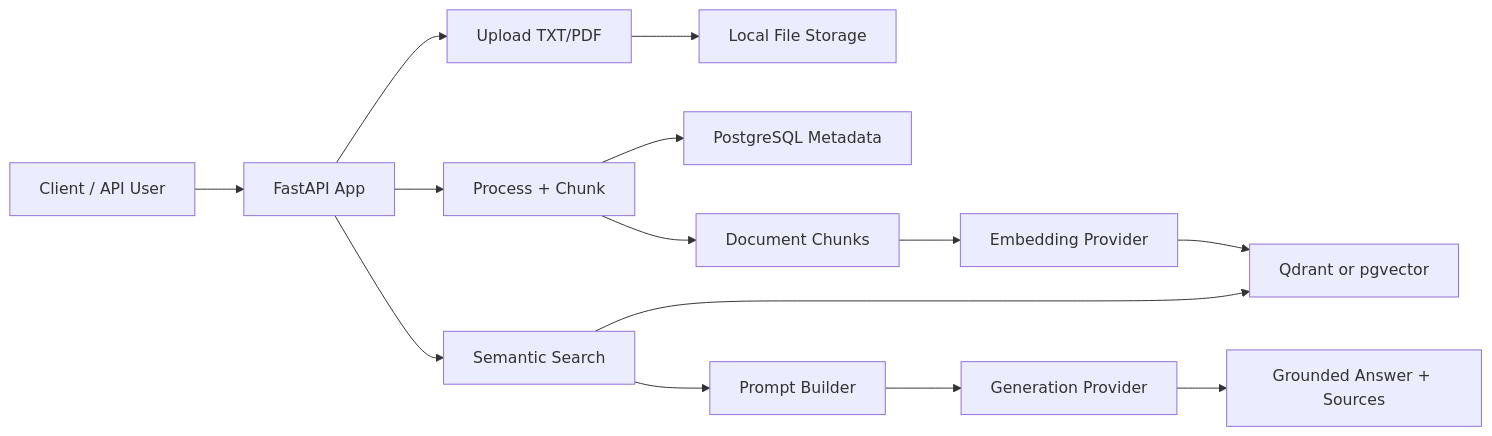
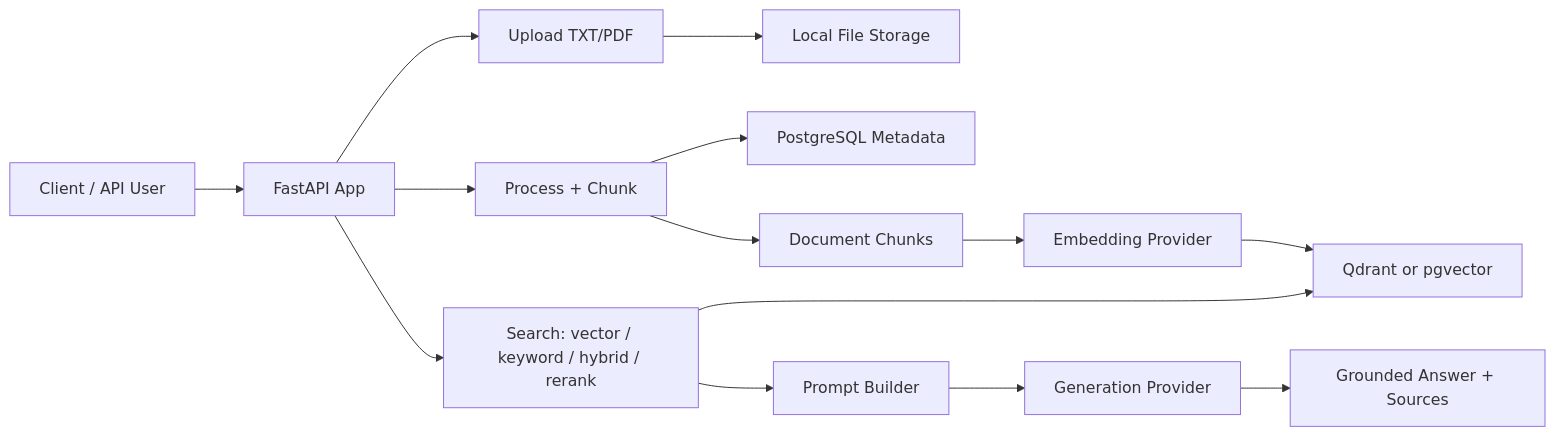
The diagram in README.md (mo22zy2/RAG_AI_Hackathon), drawn with Mermaid before and after one commit. The commit also changed other lines of this file, not shown here.

````diff
--- a/README.md
+++ b/README.md
@@ -39,16 +41,16 @@
 ```mermaid
 flowchart LR
     Client["Client / API User"] --> API["FastAPI App"]
     API --> Upload["Upload TXT/PDF"]
     Upload --> Disk["Local File Storage"]
     API --> Process["Process + Chunk"]
     Process --> SQL["PostgreSQL Metadata"]
     Process --> Chunks["Document Chunks"]
     Chunks --> Embed["Embedding Provider"]
     Embed --> VectorDB["Qdrant or pgvector"]
-    API --> Search["Semantic Search"]
+    API --> Search["Search: vector / keyword / hybrid / rerank"]
     Search --> VectorDB
     Search --> Prompt["Prompt Builder"]
     Prompt --> LLM["Generation Provider"]
     LLM --> Answer["Grounded Answer + Sources"]
 ```
````
